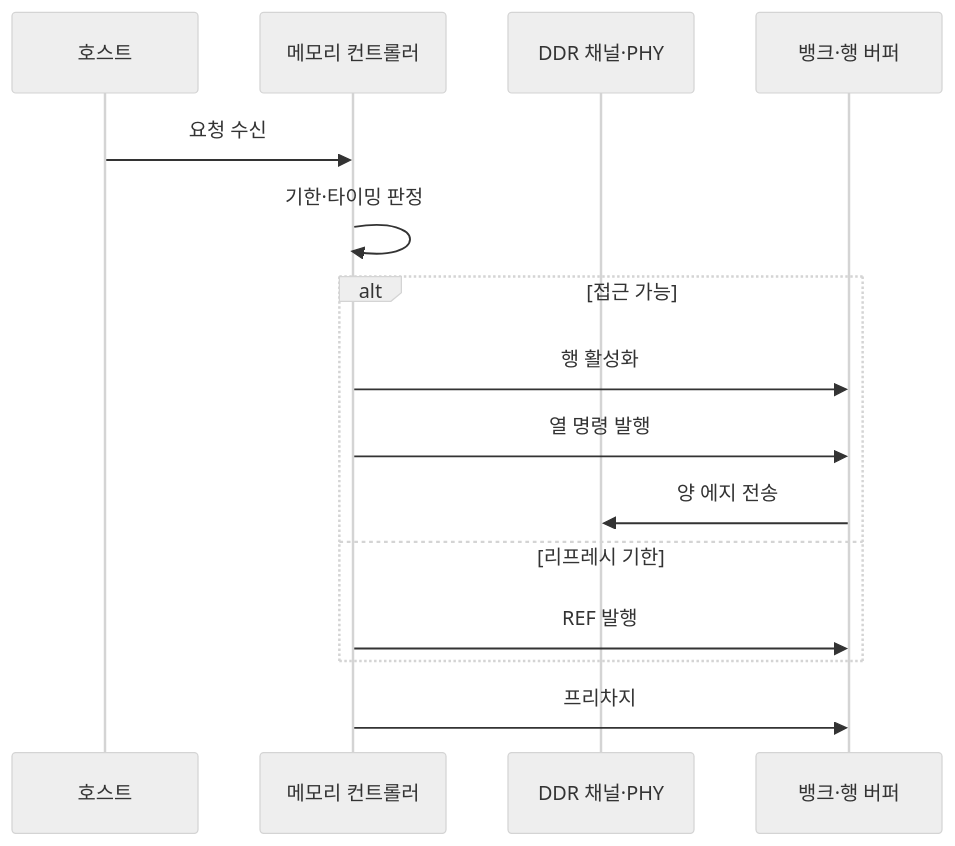
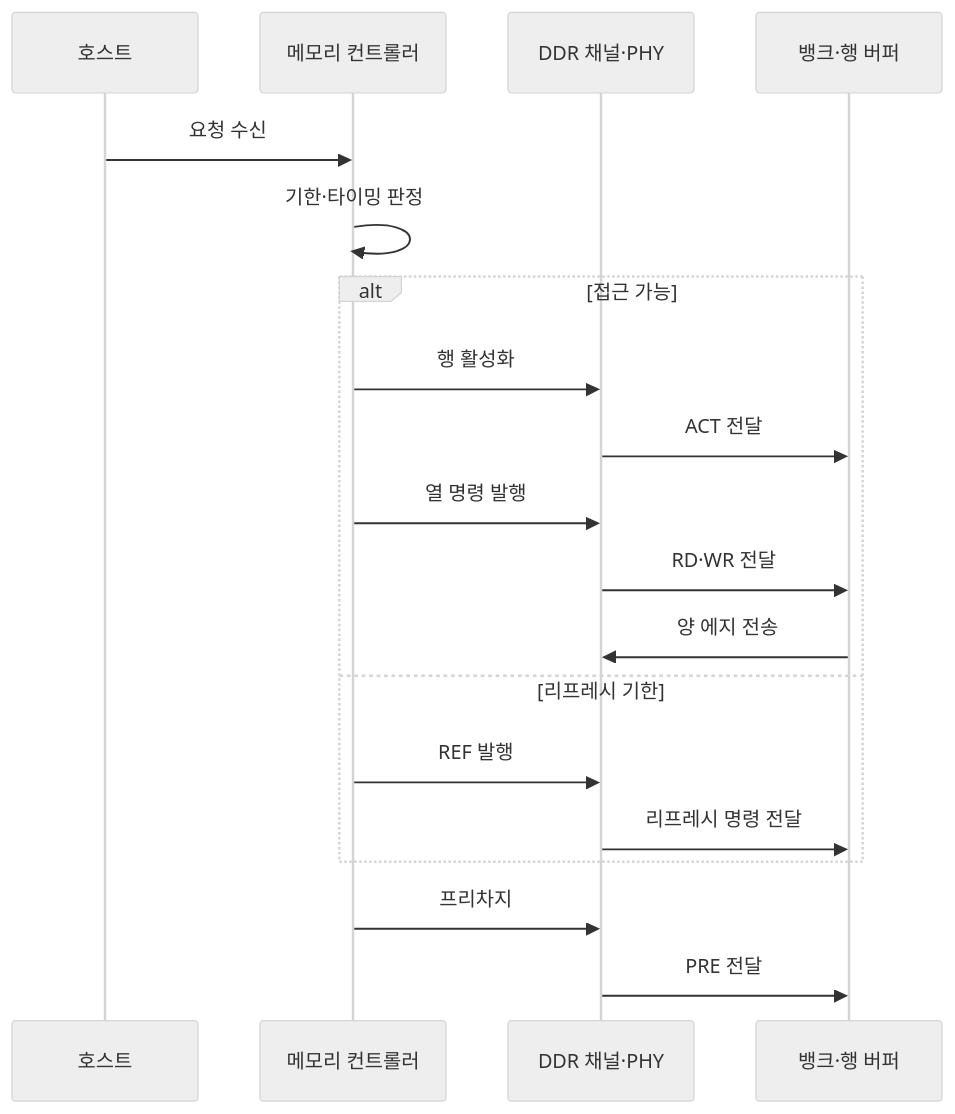
Before and after one commit to agnusdei1207/knowledge-base: the second of 2 diagrams in src/content/docs/notes/02-hardware/024_ddr_sdram_refresh.md, drawn with Mermaid (neutral theme). The commit also changed other lines of this file and 7 other files, not shown here.

````diff
--- a/src/content/docs/notes/02-hardware/024_ddr_sdram_refresh.md
+++ b/src/content/docs/notes/02-hardware/024_ddr_sdram_refresh.md
@@ -92,17 +92,21 @@
 ```mermaid
 sequenceDiagram
     participant H as 호스트
     participant C as 메모리 컨트롤러
     participant P as DDR 채널·PHY
     participant B as 뱅크·행 버퍼
     H->>C: 요청 수신
     C->>C: 기한·타이밍 판정
     alt 접근 가능
-        C->>B: 행 활성화
-        C->>B: 열 명령 발행
+        C->>P: 행 활성화
+        P->>B: ACT 전달
+        C->>P: 열 명령 발행
+        P->>B: RD·WR 전달
         B->>P: 양 에지 전송
     else 리프레시 기한
-        C->>B: REF 발행
+        C->>P: REF 발행
+        P->>B: 리프레시 명령 전달
     end
-    C->>B: 프리차지
+    C->>P: 프리차지
+    P->>B: PRE 전달
 ```
````
